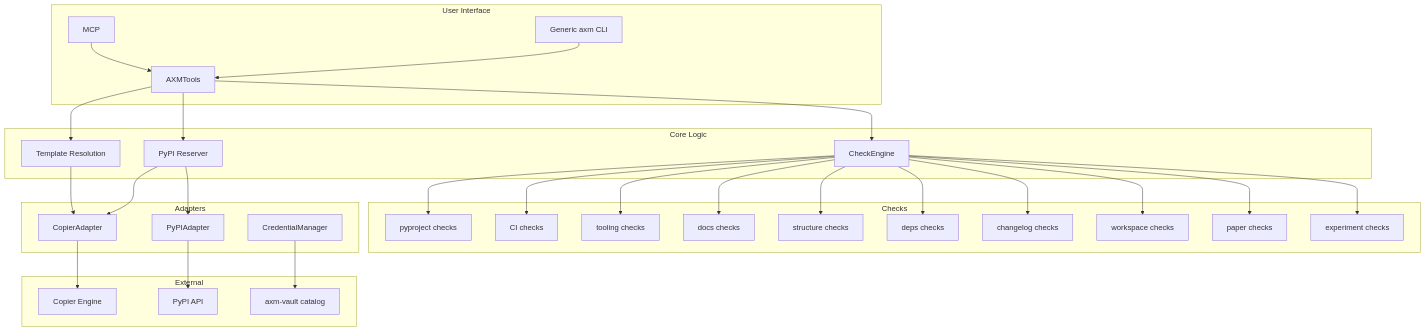
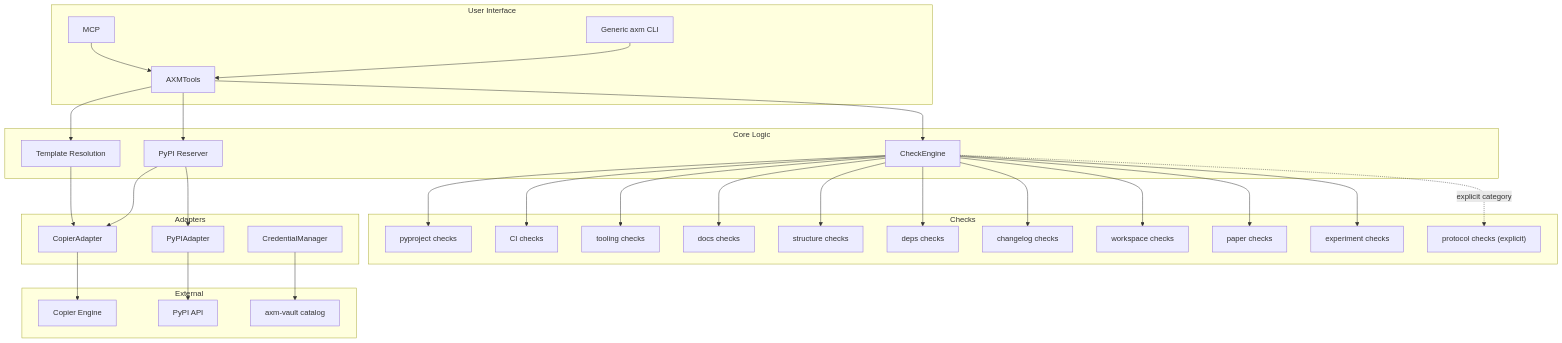
The diagram in packages/axm-init/docs/explanation/architecture.md (axm-protocols/axm-forge), drawn with Mermaid before and after one commit. The commit also changed other lines of this file and 8 other files, not shown here.

First line of the commit message:
feat(axm-init): add protocol profile checks

````diff
--- a/packages/axm-init/docs/explanation/architecture.md
+++ b/packages/axm-init/docs/explanation/architecture.md
@@ -7,61 +7,63 @@
 ```mermaid
 graph TD
     subgraph "User Interface"
         CLI["Generic axm CLI"]
         MCP["MCP"]
         Tools["AXMTools"]
     end
 
     subgraph "Core Logic"
         CheckEngine["CheckEngine"]
         Templates["Template Resolution"]
         Reserver["PyPI Reserver"]
     end
 
     subgraph "Checks"
         PyprojectChecks["pyproject checks"]
         CIChecks["CI checks"]
         ToolingChecks["tooling checks"]
         DocsChecks["docs checks"]
         StructureChecks["structure checks"]
         DepsChecks["deps checks"]
         ChangelogChecks["changelog checks"]
         WorkspaceChecks["workspace checks"]
         PaperChecks["paper checks"]
         ExperimentChecks["experiment checks"]
+        ProtocolChecks["protocol checks (explicit)"]
     end
 
     subgraph "Adapters"
         Copier["CopierAdapter"]
         PyPI["PyPIAdapter"]
         Creds["CredentialManager"]
     end
 
     subgraph "External"
         CopierEngine["Copier Engine"]
         PyPIAPI["PyPI API"]
         Vault["axm-vault catalog"]
     end
 
     CLI --> Tools
     MCP --> Tools
     Tools --> CheckEngine
     Tools --> Templates
     Tools --> Reserver
     CheckEngine --> PyprojectChecks
     CheckEngine --> CIChecks
     CheckEngine --> ToolingChecks
     CheckEngine --> DocsChecks
     CheckEngine --> StructureChecks
     CheckEngine --> DepsChecks
     CheckEngine --> ChangelogChecks
     CheckEngine --> WorkspaceChecks
     CheckEngine --> PaperChecks
     CheckEngine --> ExperimentChecks
+    CheckEngine -. explicit category .-> ProtocolChecks
     Reserver --> PyPI
     Reserver --> Copier
     Templates --> Copier
     Copier --> CopierEngine
     PyPI --> PyPIAPI
     Creds --> Vault
 ```
````
